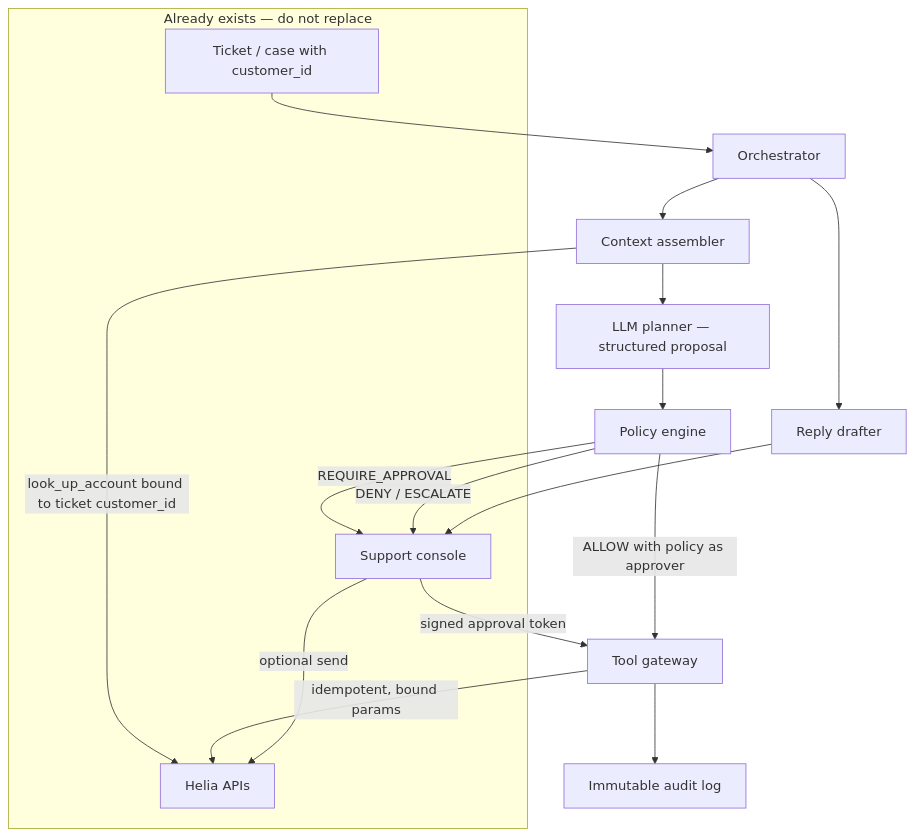
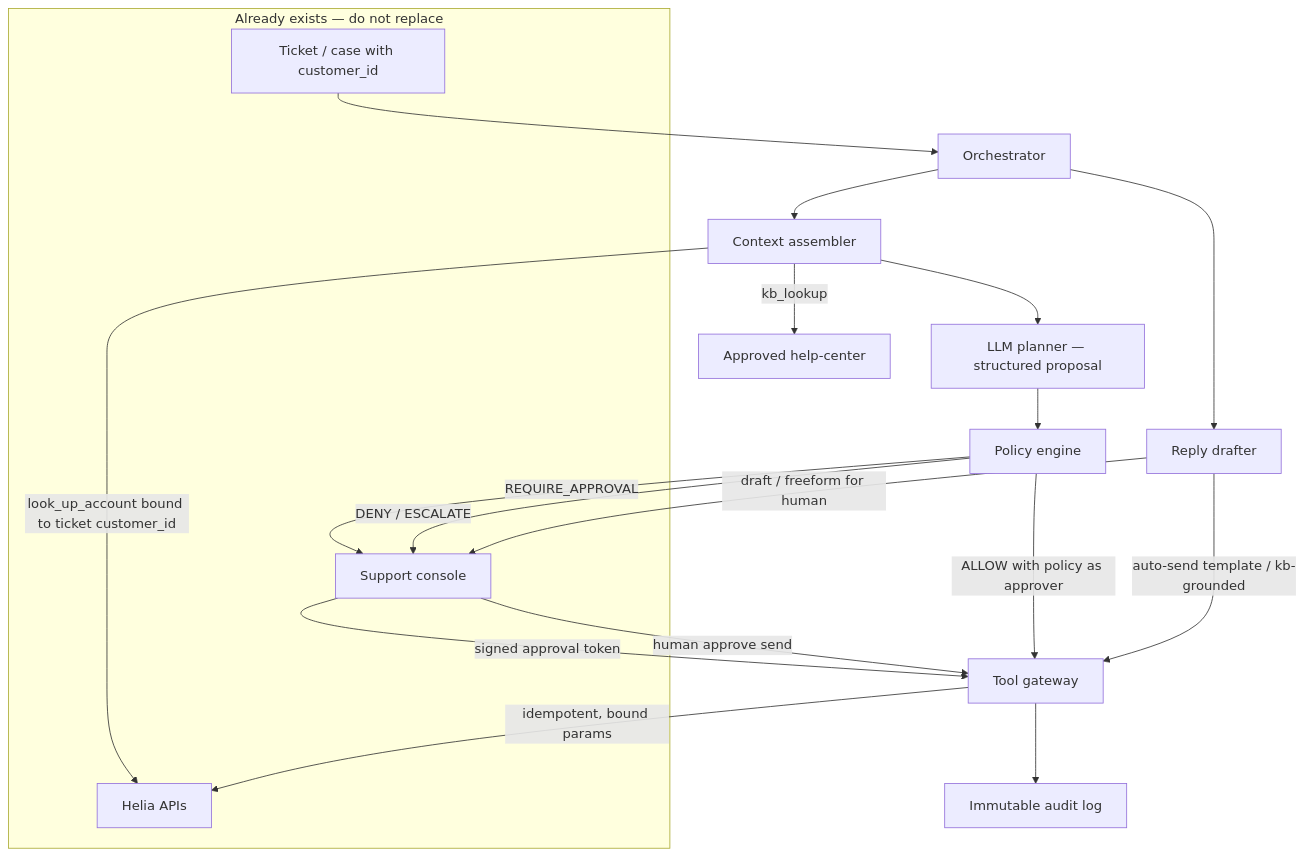
Before and after one commit to abhia1137/helia-ai-support-agent: the diagram in DESIGN.md, drawn with Mermaid. The commit also changed other lines of this file and 1 other file, not shown here.

First line of the commit message:
docs: gate KB auto-send and close end-to-end enforcement gaps

````diff
--- a/DESIGN.md
+++ b/DESIGN.md
@@ -42,23 +42,25 @@
 ```mermaid
 flowchart TB
   subgraph existing [Already exists — do not replace]
     Ticket[Ticket / case with customer_id]
     Console[Support console]
     Helia[Helia APIs]
   end
 
   Ticket --> Orch[Orchestrator]
   Orch --> Ctx[Context assembler]
   Ctx -->|look_up_account bound to ticket customer_id| Helia
+  Ctx -->|kb_lookup| KB[Approved help-center]
   Ctx --> Plan[LLM planner — structured proposal]
   Plan --> Pol[Policy engine]
   Pol -->|REQUIRE_APPROVAL| Console
   Console -->|signed approval token| GW[Tool gateway]
   Pol -->|ALLOW with policy as approver| GW
   Pol -->|DENY / ESCALATE| Console
   GW -->|idempotent, bound params| Helia
   GW --> Audit[Immutable audit log]
   Orch --> Draft[Reply drafter]
-  Draft --> Console
-  Console -->|optional send| Helia
+  Draft -->|draft / freeform for human| Console
+  Draft -->|auto-send template / kb-grounded| GW
+  Console -->|human approve send| GW
 ```
````
